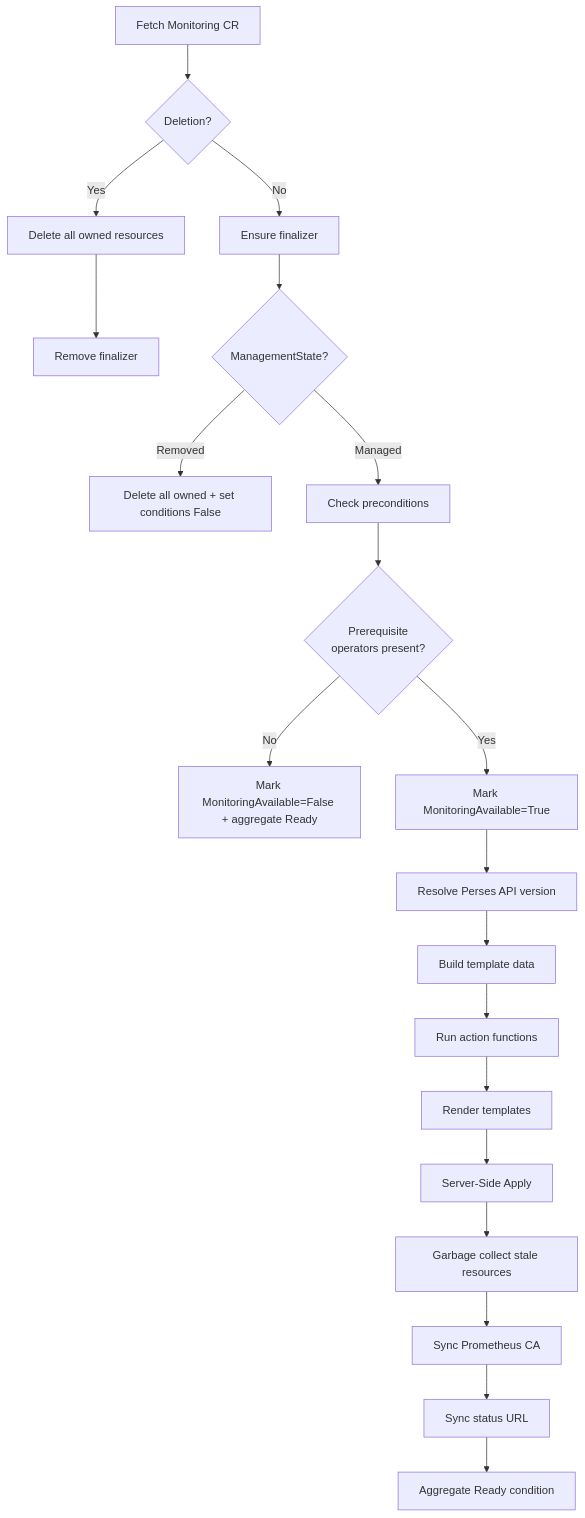
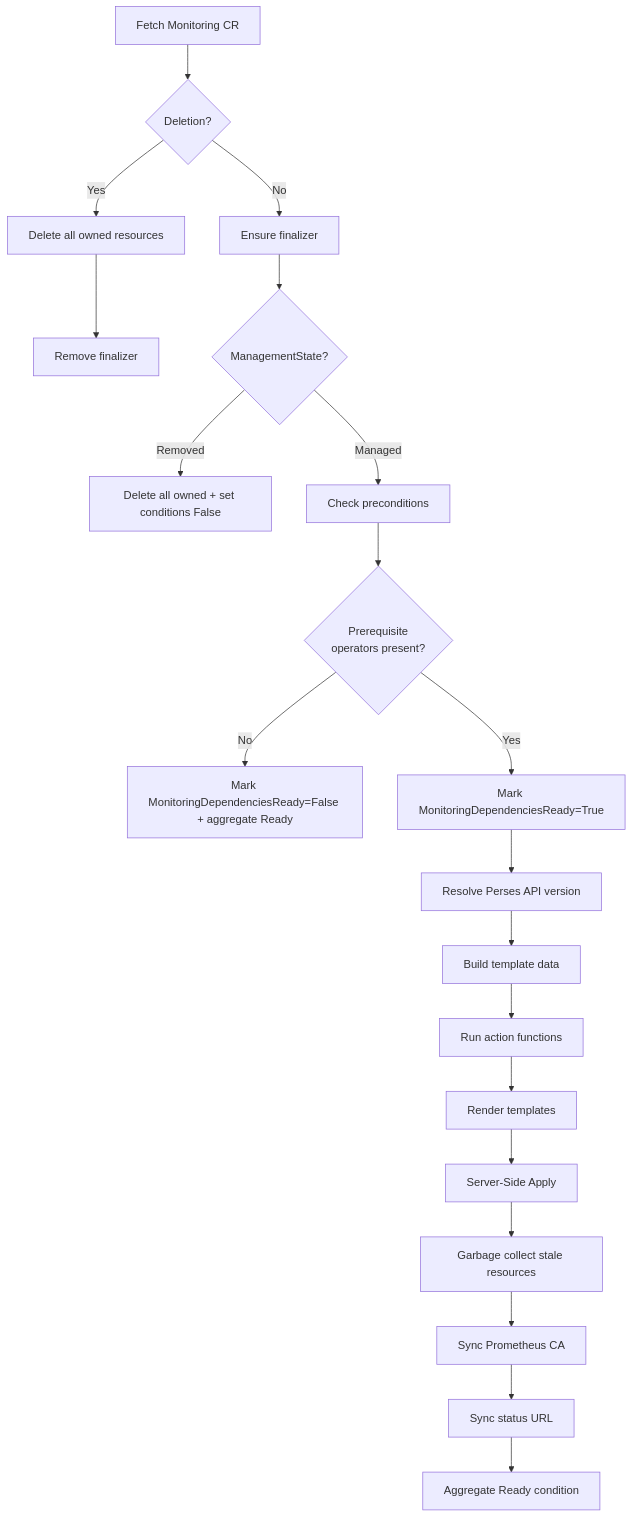
One commit to cgoodfred/odh-observability changed the first of 2 diagrams in docs/ARCHITECTURE.md. Above: the diagram before and after it, drawn with Mermaid. The commit also changed other lines of this file and 6 other files, not shown here.

````diff
--- a/docs/ARCHITECTURE.md
+++ b/docs/ARCHITECTURE.md
@@ -15,23 +15,23 @@
 ```mermaid
 flowchart TD
     A[Fetch Monitoring CR] --> B{Deletion?}
     B -- Yes --> C[Delete all owned resources]
     C --> D[Remove finalizer]
     B -- No --> E[Ensure finalizer]
     E --> F{ManagementState?}
     F -- Removed --> G[Delete all owned + set conditions False]
     F -- Managed --> H[Check preconditions]
     H --> I{Prerequisite
     operators present?}
-    I -- No --> J[Mark MonitoringAvailable=False + aggregate Ready]
-    I -- Yes --> K[Mark MonitoringAvailable=True]
+    I -- No --> J[Mark MonitoringDependenciesReady=False + aggregate Ready]
+    I -- Yes --> K[Mark MonitoringDependenciesReady=True]
     K --> L[Resolve Perses API version]
     L --> M[Build template data]
     M --> N[Run action functions]
     N --> O[Render templates]
     O --> P[Server-Side Apply]
     P --> Q[Garbage collect stale resources]
     Q --> R[Sync Prometheus CA]
     R --> S[Sync status URL]
     S --> T[Aggregate Ready condition]
 ```
````
